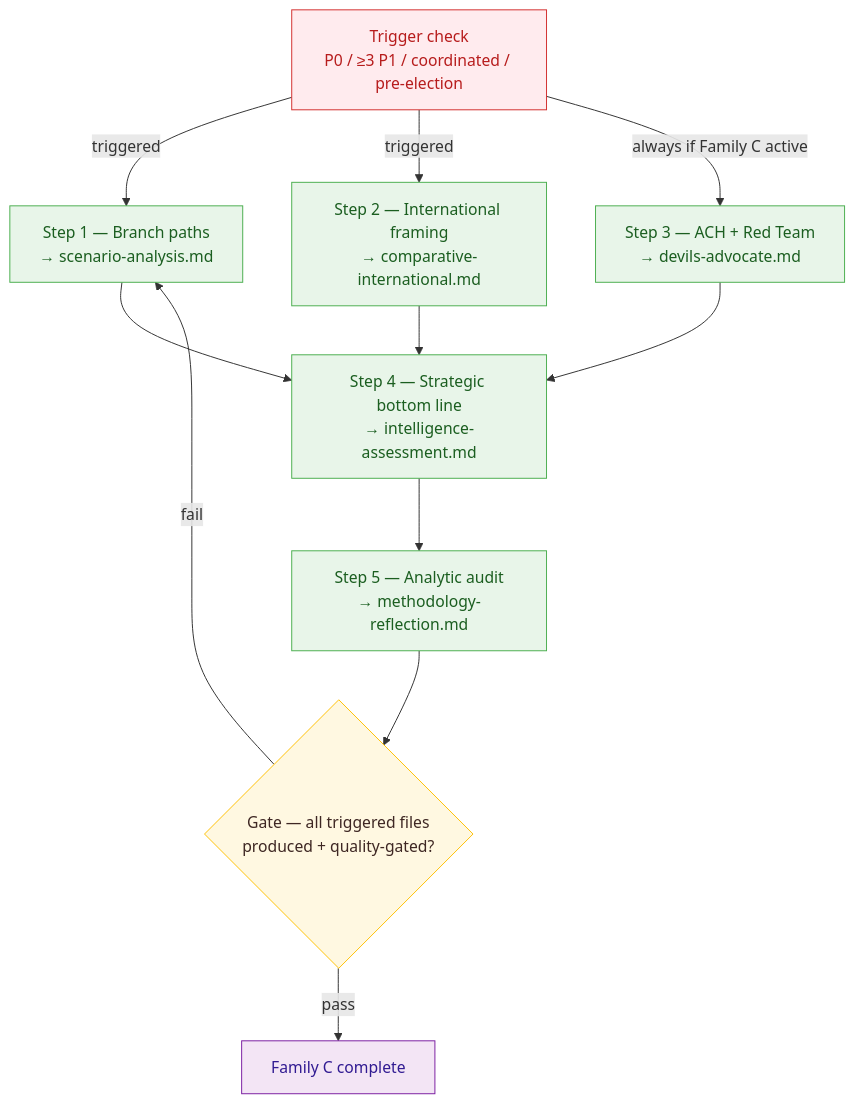
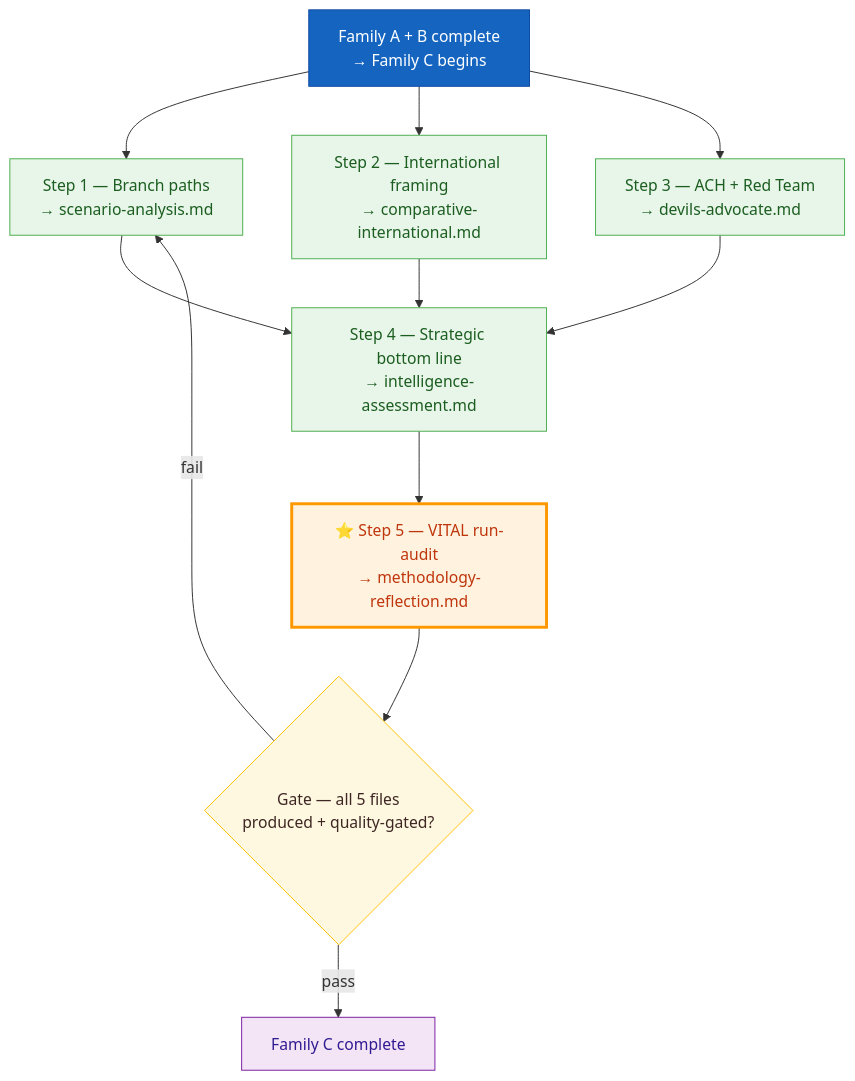
The seventh of 7 diagrams in analysis/methodologies/strategic-extensions-methodology.md (Hack23/riksdagsmonitor), drawn with Mermaid before and after one commit. The commit also changed other lines of this file and 5 other files, not shown here.

First line of the commit message:
Elevate all families to always-produced core; flag methodology-reflection VITAL

````diff
--- a/analysis/methodologies/strategic-extensions-methodology.md
+++ b/analysis/methodologies/strategic-extensions-methodology.md
@@ -355,30 +357,31 @@
 ```mermaid
 flowchart TD
-    classDef trig fill:#FFEBEE,stroke:#D32F2F,color:#B71C1C
+    classDef trig fill:#1565C0,stroke:#0D47A1,color:#FFFFFF
     classDef step fill:#E8F5E9,stroke:#4CAF50,color:#1B5E20
     classDef gate fill:#FFF8E1,stroke:#FFC107,color:#3E2723
     classDef out fill:#F3E5F5,stroke:#7B1FA2,color:#311B92
+    classDef vital fill:#FFF3E0,stroke:#FF9800,color:#BF360C,stroke-width:3px
 
-    Trig[Trigger check<br/>P0 / ≥3 P1 / coordinated / pre-election]:::trig
+    Trig[Family A + B complete<br/>→ Family C begins]:::trig
 
     S1[Step 1 — Branch paths<br/>→ scenario-analysis.md]:::step
     S2[Step 2 — International framing<br/>→ comparative-international.md]:::step
     S3[Step 3 — ACH + Red Team<br/>→ devils-advocate.md]:::step
     S4[Step 4 — Strategic bottom line<br/>→ intelligence-assessment.md]:::step
-    S5[Step 5 — Analytic audit<br/>→ methodology-reflection.md]:::step
+    S5[⭐ Step 5 — VITAL run-audit<br/>→ methodology-reflection.md]:::vital
 
-    G{Gate — all triggered files<br/>produced + quality-gated?}:::gate
+    G{Gate — all 5 files<br/>produced + quality-gated?}:::gate
 
     O[Family C complete]:::out
 
-    Trig -->|triggered| S1
-    Trig -->|triggered| S2
-    Trig -->|always if Family C active| S3
+    Trig --> S1
+    Trig --> S2
+    Trig --> S3
     S1 --> S4
     S2 --> S4
     S3 --> S4
     S4 --> S5
     S5 --> G
     G -->|pass| O
     G -->|fail| S1
 ```
````
